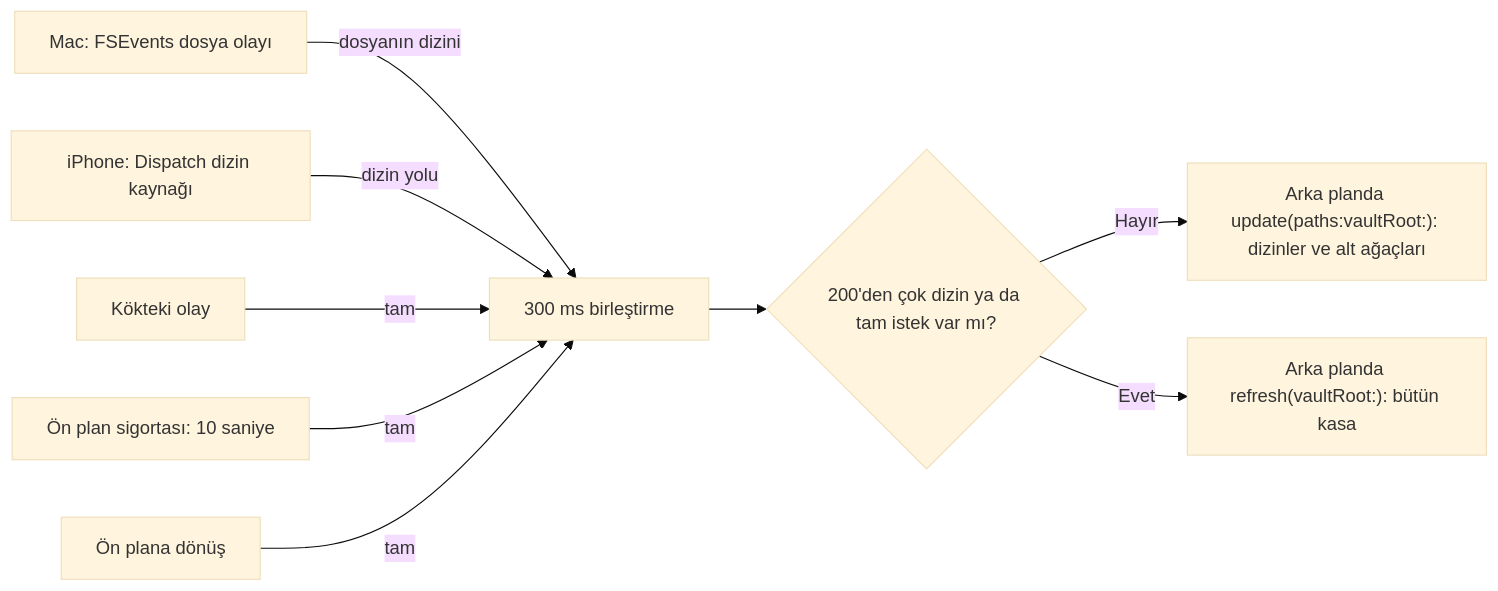
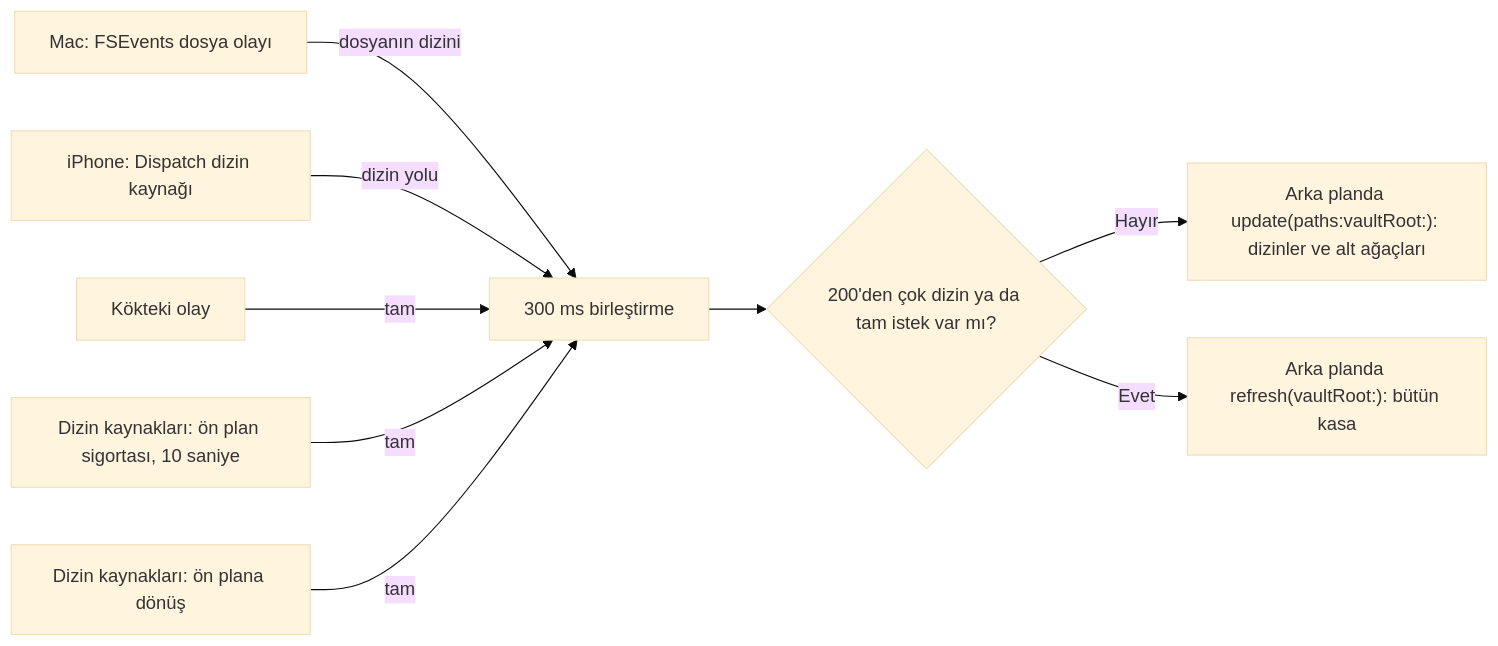
The fifth of 21 diagrams in docs/architecture.md (dogancanyildiz/kenet), drawn with Mermaid (base theme) before and after one commit. The commit also changed other lines of this file and 7 other files, not shown here.

````diff
--- a/docs/architecture.md
+++ b/docs/architecture.md
@@ -187,11 +187,11 @@
 ```mermaid
 flowchart LR
   Akis["Mac: FSEvents dosya olayı"] -->|"dosyanın dizini"| Birlestir["300 ms birleştirme"]
   Dizin["iPhone: Dispatch dizin kaynağı"] -->|"dizin yolu"| Birlestir
   Kok["Kökteki olay"] -->|"tam"| Birlestir
-  Zamanlayici["Ön plan sigortası: 10 saniye"] -->|"tam"| Birlestir
-  OnPlan["Ön plana dönüş"] -->|"tam"| Birlestir
+  Zamanlayici["Dizin kaynakları: ön plan sigortası, 10 saniye"] -->|"tam"| Birlestir
+  OnPlan["Dizin kaynakları: ön plana dönüş"] -->|"tam"| Birlestir
   Birlestir --> Esik{"200'den çok dizin ya da tam istek var mı?"}
   Esik -- Hayır --> Kapsamli["Arka planda update(paths:vaultRoot:): dizinler ve alt ağaçları"]
   Esik -- Evet --> Tam["Arka planda refresh(vaultRoot:): bütün kasa"]
 ```
````
